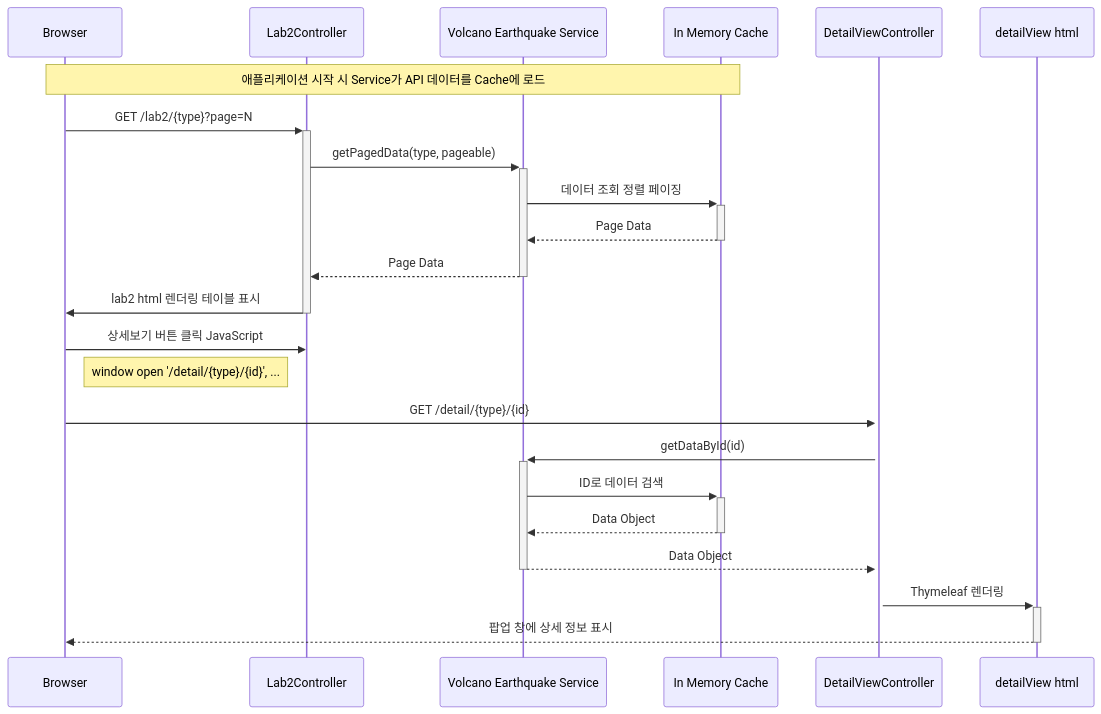
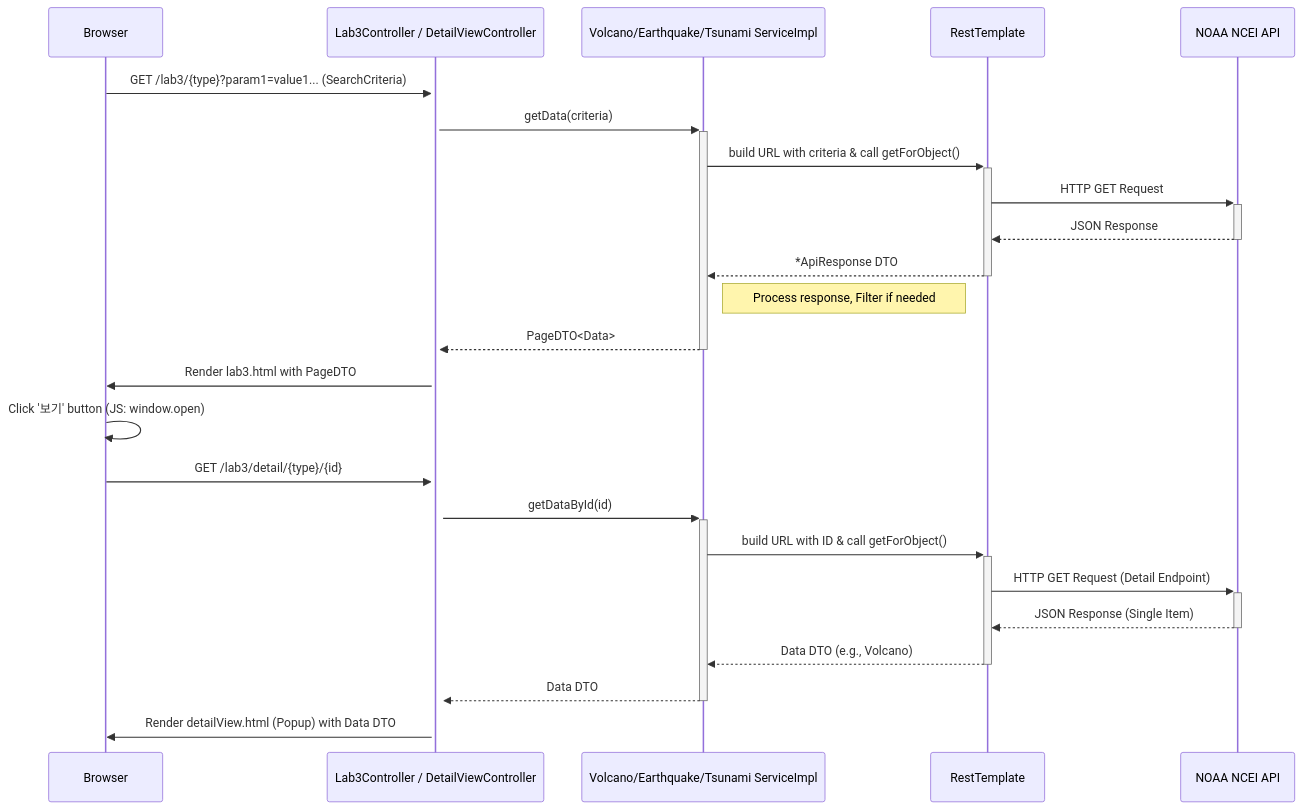
The second of 2 diagrams in README.md (oh79/Nature-s-Fury-Viz), drawn with Mermaid before and after one commit. The commit also changed other lines of this file and 37 other files, not shown here.

Commit message:
Refactor project to Lab03: Update README, remove Lab02 files, and implement new features including NOAA API integration for volcano, earthquake, and tsunami data with enhanced search capabilities.

````diff
--- a/README.md
+++ b/README.md
@@ -91,28 +131,29 @@
 ```mermaid
 sequenceDiagram
     participant Client as Browser
-    participant Controller as Lab2Controller
-    participant Service as Volcano Earthquake Service
-    participant Cache as In Memory Cache
-    participant DetailController as DetailViewController
-    participant DetailView as detailView html
+    participant Controller as Lab3Controller / DetailViewController
+    participant Service as Volcano/Earthquake/Tsunami ServiceImpl
+    participant RestTemplate as RestTemplate
+    participant NOAA_API as NOAA NCEI API
 
-    Note over Client, Cache: 애플리케이션 시작 시 Service가 API 데이터를 Cache에 로드
+    Client->>+Controller: GET /lab3/{type}?param1=value1... (SearchCriteria)
+    Controller->>+Service: getData(criteria)
+    Service->>+RestTemplate: build URL with criteria & call getForObject()
+    RestTemplate->>+NOAA_API: HTTP GET Request
+    NOAA_API-->>-RestTemplate: JSON Response
+    RestTemplate-->>-Service: *ApiResponse DTO
+    Note right of Service: Process response, Filter if needed
+    Service-->>-Controller: PageDTO<Data>
+    Controller->>Client: Render lab3.html with PageDTO
 
-    Client->>+Controller: GET /lab2/{type}?page=N
-    Controller->>+Service: getPagedData(type, pageable)
-    Service->>+Cache: 데이터 조회 정렬 페이징
-    Cache-->>-Service: Page Data
-    Service-->>-Controller: Page Data
-    Controller->>-Client: lab2 html 렌더링 테이블 표시
+    Client->>Client: Click '보기' button (JS: window.open)
+    Client->>+Controller: GET /lab3/detail/{type}/{id}
+    Controller->>+Service: getDataById(id)
+    Service->>+RestTemplate: build URL with ID & call getForObject()
+    RestTemplate->>+NOAA_API: HTTP GET Request (Detail Endpoint)
+    NOAA_API-->>-RestTemplate: JSON Response (Single Item)
+    RestTemplate-->>-Service: Data DTO (e.g., Volcano)
+    Service-->>-Controller: Data DTO
+    Controller->>Client: Render detailView.html (Popup) with Data DTO
 
-    Client->>Controller: 상세보기 버튼 클릭 JavaScript
-    Note right of Client: window open '/detail/{type}/{id}', ...
-    Client->>+DetailController: GET /detail/{type}/{id}
-    DetailController->>+Service: getDataById(id)
-    Service->>+Cache: ID로 데이터 검색
-    Cache-->>-Service: Data Object
-    Service-->>-DetailController: Data Object
-    DetailController->>+DetailView: Thymeleaf 렌더링
-    DetailView-->>-Client: 팝업 창에 상세 정보 표시
 ```
````
